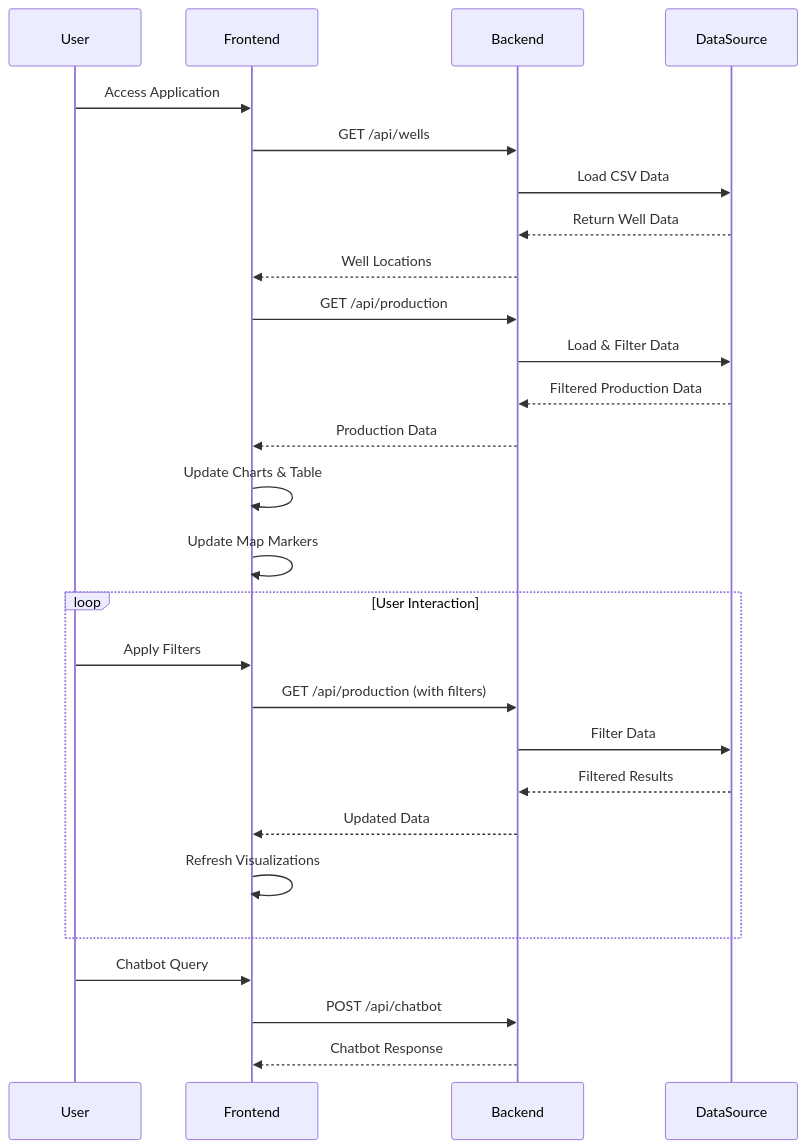
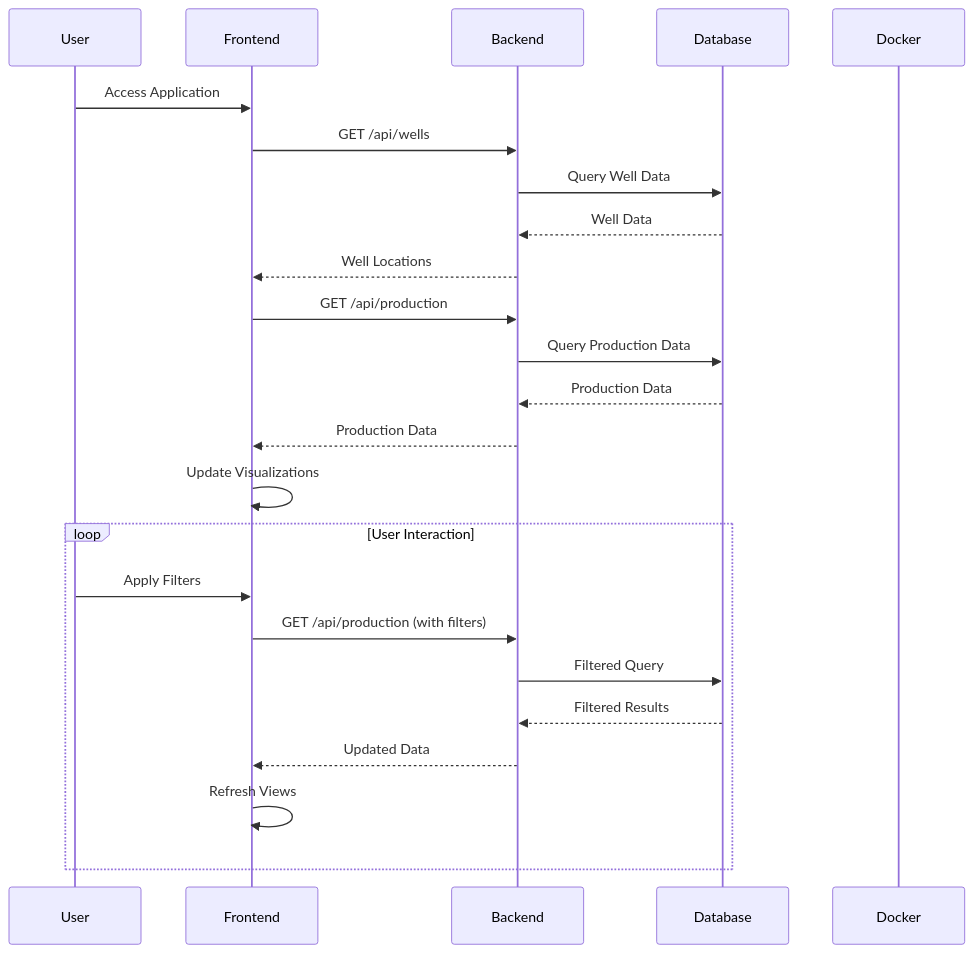
One commit to hdarwish/og-production-analytics changed the second of 2 diagrams in docs/application_workflow.md. Above: the diagram before and after it, drawn with Mermaid. The commit also changed other lines of this file and 47 other files, not shown here.

````diff
--- a/docs/application_workflow.md
+++ b/docs/application_workflow.md
@@ -7,32 +17,28 @@
 ```mermaid
 sequenceDiagram
     participant User
     participant Frontend
     participant Backend
-    participant DataSource
+    participant Database
+    participant Docker
 
     User->>Frontend: Access Application
     Frontend->>Backend: GET /api/wells
-    Backend->>DataSource: Load CSV Data
-    DataSource-->>Backend: Return Well Data
+    Backend->>Database: Query Well Data
+    Database-->>Backend: Well Data
     Backend-->>Frontend: Well Locations
     Frontend->>Backend: GET /api/production
-    Backend->>DataSource: Load & Filter Data
-    DataSource-->>Backend: Filtered Production Data
+    Backend->>Database: Query Production Data
+    Database-->>Backend: Production Data
     Backend-->>Frontend: Production Data
-    Frontend->>Frontend: Update Charts & Table
-    Frontend->>Frontend: Update Map Markers
+    Frontend->>Frontend: Update Visualizations
 
     loop User Interaction
         User->>Frontend: Apply Filters
         Frontend->>Backend: GET /api/production (with filters)
-        Backend->>DataSource: Filter Data
-        DataSource-->>Backend: Filtered Results
+        Backend->>Database: Filtered Query
+        Database-->>Backend: Filtered Results
         Backend-->>Frontend: Updated Data
-        Frontend->>Frontend: Refresh Visualizations
+        Frontend->>Frontend: Refresh Views
     end
-
-    User->>Frontend: Chatbot Query
-    Frontend->>Backend: POST /api/chatbot
-    Backend-->>Frontend: Chatbot Response
 ```
````
